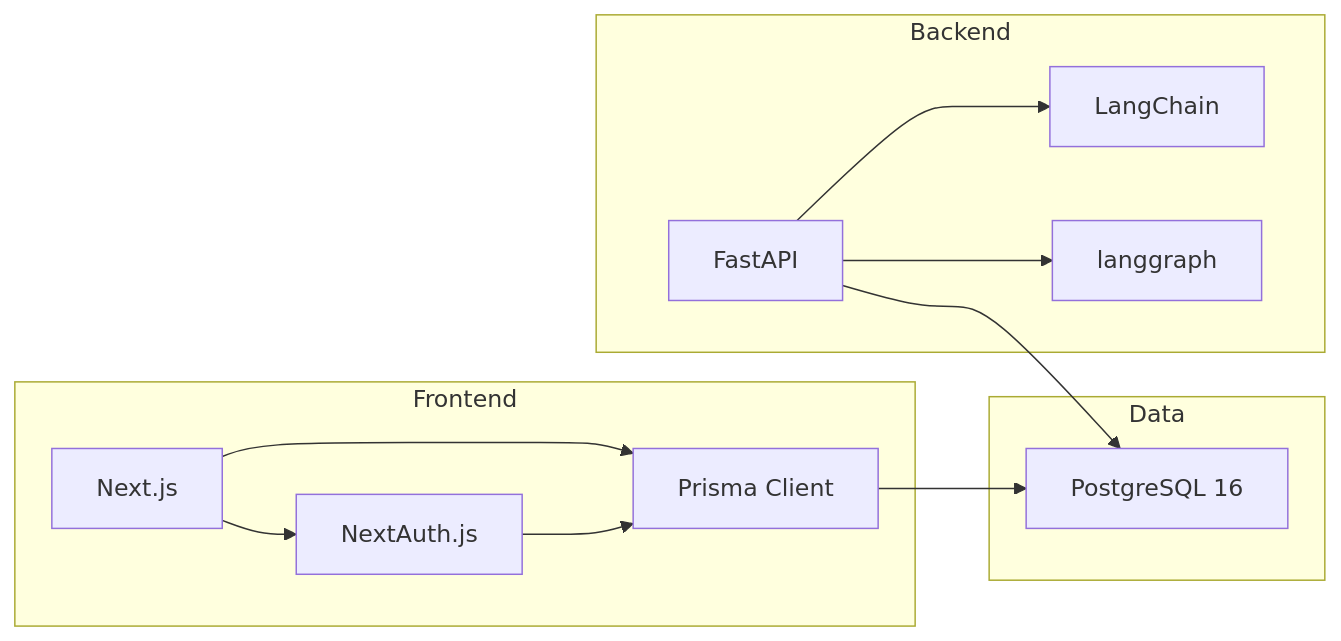
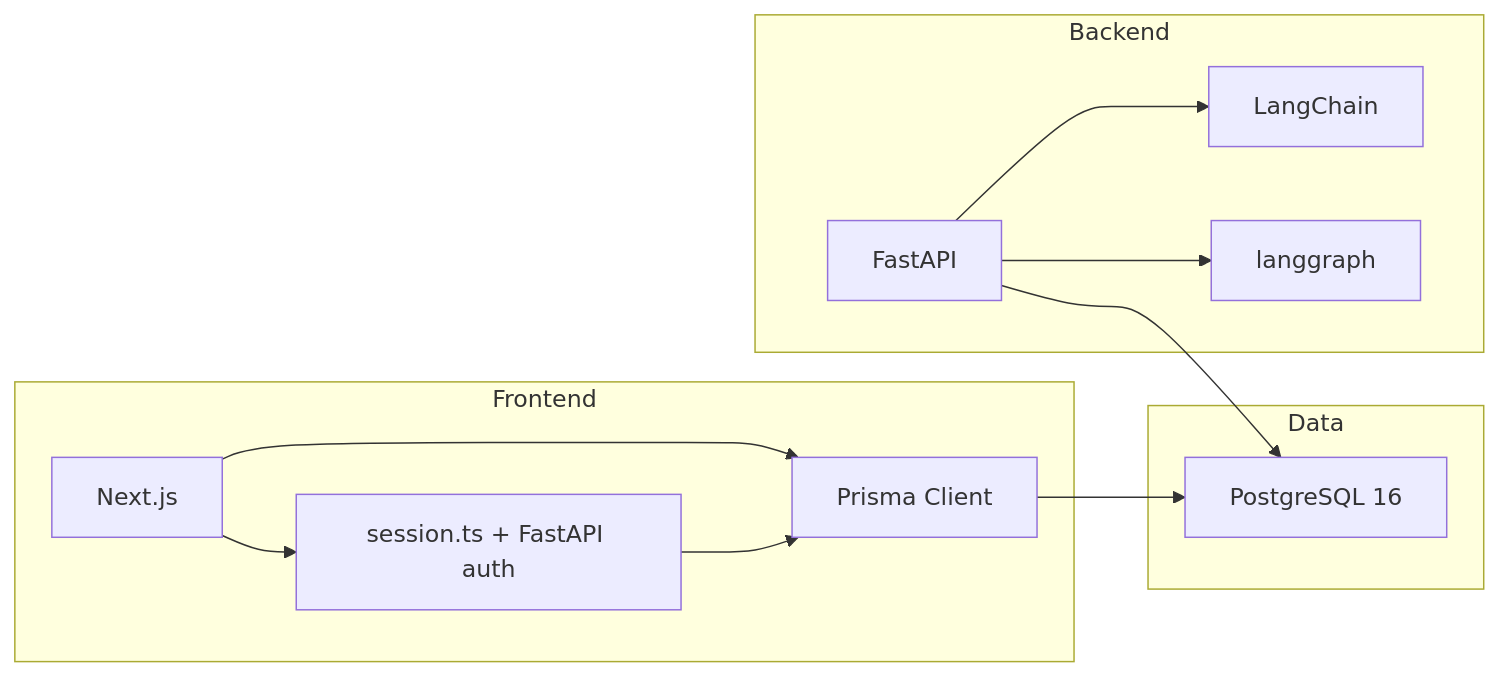
One commit to tashifkhan/tashif.codes changed the seventh of 8 diagrams in src/data/docs/talentsync/Architecture Overview/Architecture Overview.md. Above: the diagram before and after it, drawn with Mermaid. The commit also changed other lines of this file and 2128 other files, not shown here.

First line of the commit message:
docs: replace raster diagram images with native Mermaid across project guides

````diff
--- a/src/data/docs/talentsync/Architecture Overview/Architecture Overview.md
+++ b/src/data/docs/talentsync/Architecture Overview/Architecture Overview.md
@@ -180,23 +175,23 @@
 ```mermaid
 graph LR
 subgraph "Frontend"
 NJS["Next.js"]
-NA["NextAuth.js"]
+NA["session.ts + FastAPI auth"]
 PR["Prisma Client"]
 end
 subgraph "Backend"
 FA["FastAPI"]
 LC["LangChain"]
 LG["langgraph"]
 end
 subgraph "Data"
 PG["PostgreSQL 16"]
 end
 NJS --> NA
 NJS --> PR
 NA --> PR
 PR --> PG
 FA --> LC
 FA --> LG
 FA --> PG
 ```
````
